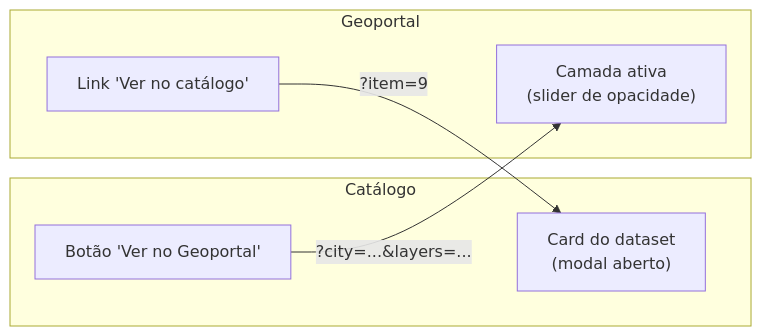
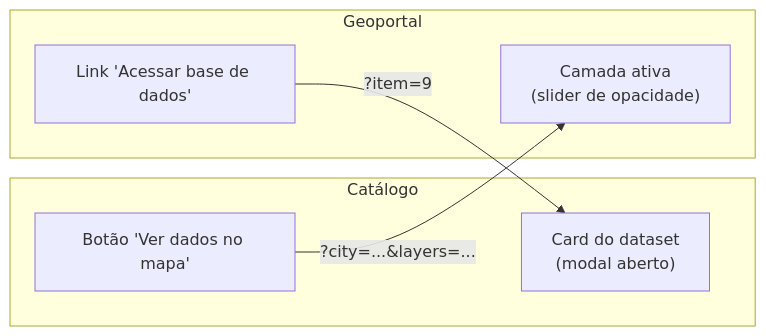
One commit to portalcidados/portal-cidados changed the first of 2 diagrams in docs/CATALOG_GEOPORTAL_INTEGRATION.md. Above: the diagram before and after it, drawn with Mermaid. The commit also changed other lines of this file and 5 other files, not shown here.

````diff
--- a/docs/CATALOG_GEOPORTAL_INTEGRATION.md
+++ b/docs/CATALOG_GEOPORTAL_INTEGRATION.md
@@ -11,15 +11,15 @@
 ```mermaid
 graph LR
     subgraph Catálogo
         C1["Card do dataset\n(modal aberto)"]
-        C2["Botão 'Ver no Geoportal'"]
+        C2["Botão 'Ver dados no mapa'"]
     end
 
     subgraph Geoportal
         G1["Camada ativa\n(slider de opacidade)"]
-        G2["Link 'Ver no catálogo'"]
+        G2["Link 'Acessar base de dados'"]
     end
 
     G2 -->|"?item=9"| C1
     C2 -->|"?city=...&layers=..."| G1
 ```
````
